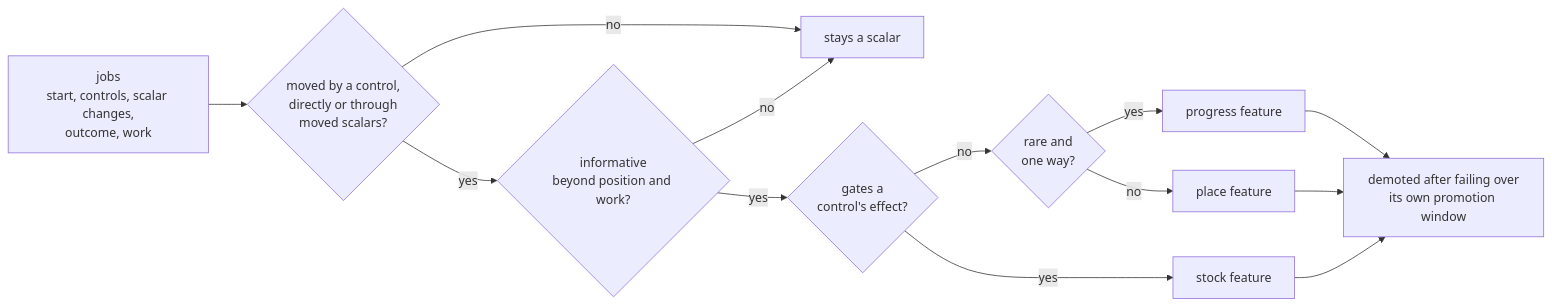
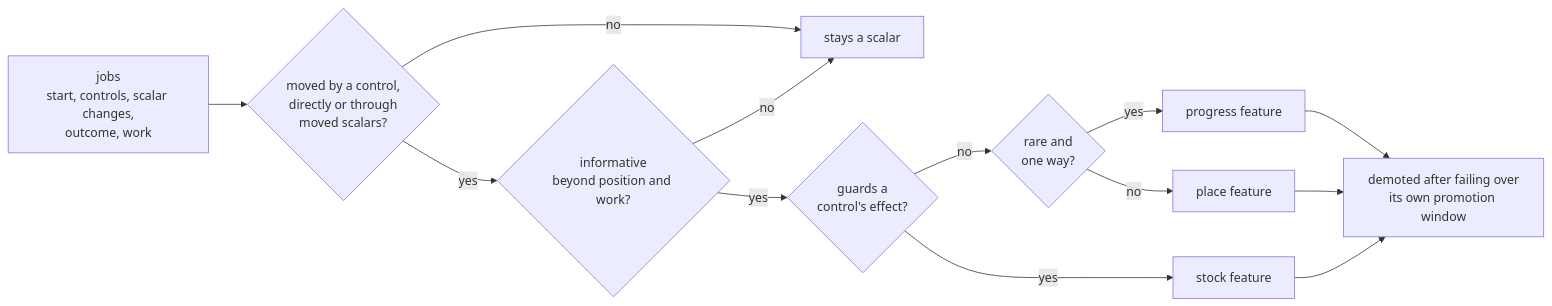
Before and after one commit to pH14/harmony: the second of 4 diagrams in DISSONANCE-V3-DESIGN.md, drawn with Mermaid. The commit also changed other lines of this file, not shown here.

````diff
--- a/DISSONANCE-V3-DESIGN.md
+++ b/DISSONANCE-V3-DESIGN.md
@@ -153,15 +153,15 @@
 ```mermaid
 flowchart LR
     R[jobs<br/>start, controls, scalar changes,<br/>outcome, work] --> E{moved by a control,<br/>directly or through<br/>moved scalars?}
     E -- no --> D[stays a scalar]
     E -- yes --> I{informative<br/>beyond position and work?}
     I -- no --> D
-    I -- yes --> G{gates a<br/>control's effect?}
+    I -- yes --> G{guards a<br/>control's effect?}
     G -- yes --> S[stock feature]
     G -- no --> K{rare and<br/>one way?}
     K -- yes --> A[progress feature]
     K -- no --> B[place feature]
     A --> M[demoted after failing over<br/>its own promotion window]
     B --> M
     S --> M
 ```
````
